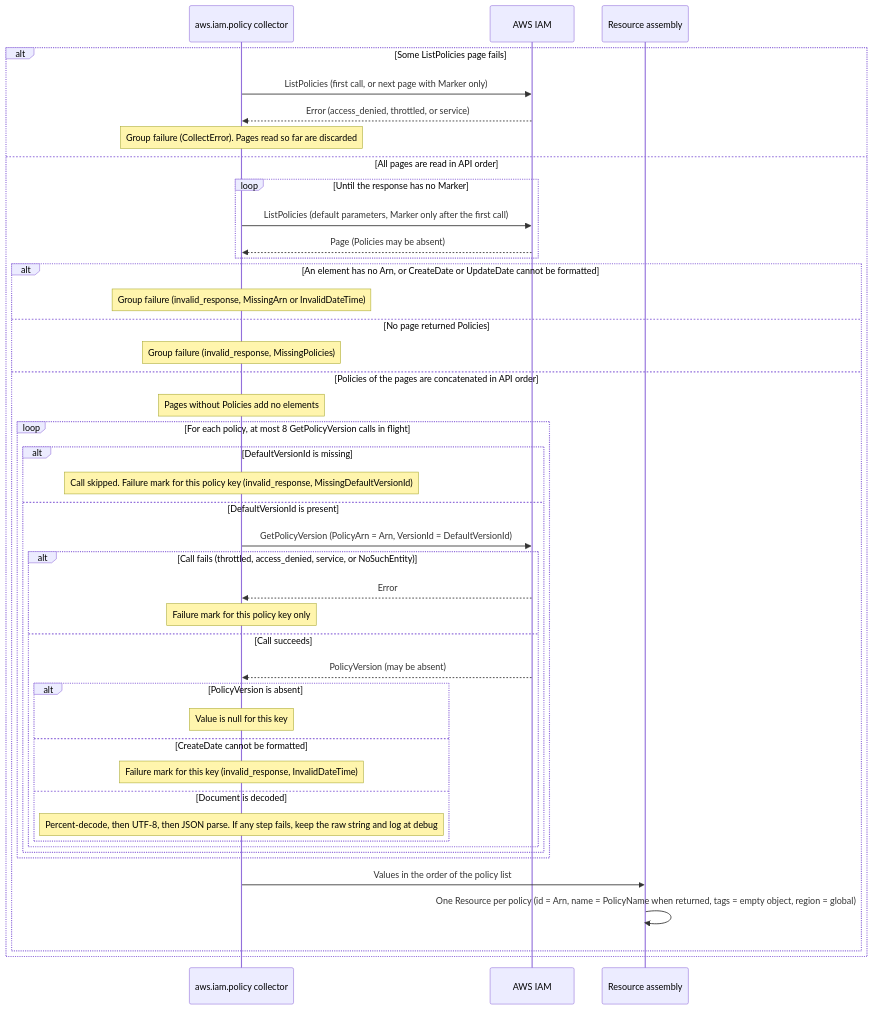
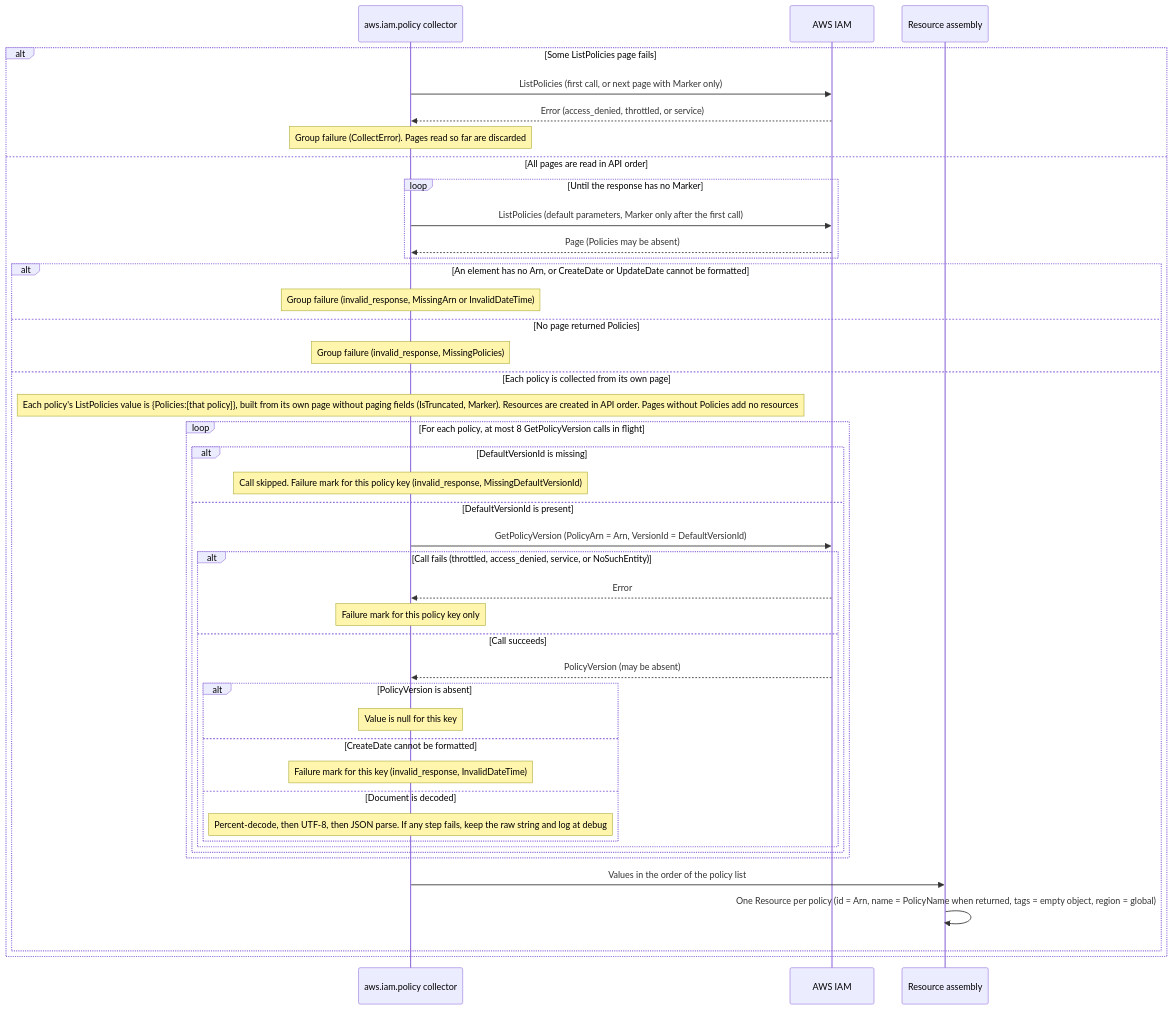
Before and after one commit to morryyrrom/yata-cli: the diagram in docs/diagrams/Diagram-0012-IAM-Policy-Collection-Sequence.md, drawn with Mermaid. The commit also changed 9 other files, not shown here.

````diff
--- a/docs/diagrams/Diagram-0012-IAM-Policy-Collection-Sequence.md
+++ b/docs/diagrams/Diagram-0012-IAM-Policy-Collection-Sequence.md
@@ -3,46 +3,46 @@
 ```mermaid
 sequenceDiagram
     participant C as aws.iam.policy collector
     participant IAM as AWS IAM
     participant R as Resource assembly
 
     alt Some ListPolicies page fails
         C->>IAM: ListPolicies (first call, or next page with Marker only)
         IAM-->>C: Error (access_denied, throttled, or service)
         Note over C: Group failure (CollectError). Pages read so far are discarded
     else All pages are read in API order
         loop Until the response has no Marker
             C->>IAM: ListPolicies (default parameters, Marker only after the first call)
             IAM-->>C: Page (Policies may be absent)
         end
         alt An element has no Arn, or CreateDate or UpdateDate cannot be formatted
             Note over C: Group failure (invalid_response, MissingArn or InvalidDateTime)
         else No page returned Policies
             Note over C: Group failure (invalid_response, MissingPolicies)
-        else Policies of the pages are concatenated in API order
-            Note over C: Pages without Policies add no elements
+        else Each policy is collected from its own page
+            Note over C: Each policy's ListPolicies value is {Policies:[that policy]}, built from its own page without paging fields (IsTruncated, Marker). Resources are created in API order. Pages without Policies add no resources
             loop For each policy, at most 8 GetPolicyVersion calls in flight
                 alt DefaultVersionId is missing
                     Note over C: Call skipped. Failure mark for this policy key (invalid_response, MissingDefaultVersionId)
                 else DefaultVersionId is present
                     C->>IAM: GetPolicyVersion (PolicyArn = Arn, VersionId = DefaultVersionId)
                     alt Call fails (throttled, access_denied, service, or NoSuchEntity)
                         IAM-->>C: Error
                         Note over C: Failure mark for this policy key only
                     else Call succeeds
                         IAM-->>C: PolicyVersion (may be absent)
                         alt PolicyVersion is absent
                             Note over C: Value is null for this key
                         else CreateDate cannot be formatted
                             Note over C: Failure mark for this key (invalid_response, InvalidDateTime)
                         else Document is decoded
                             Note over C: Percent-decode, then UTF-8, then JSON parse. If any step fails, keep the raw string and log at debug
                         end
                     end
                 end
             end
             C->>R: Values in the order of the policy list
             R->>R: One Resource per policy (id = Arn, name = PolicyName when returned, tags = empty object, region = global)
         end
     end
 ```
````
